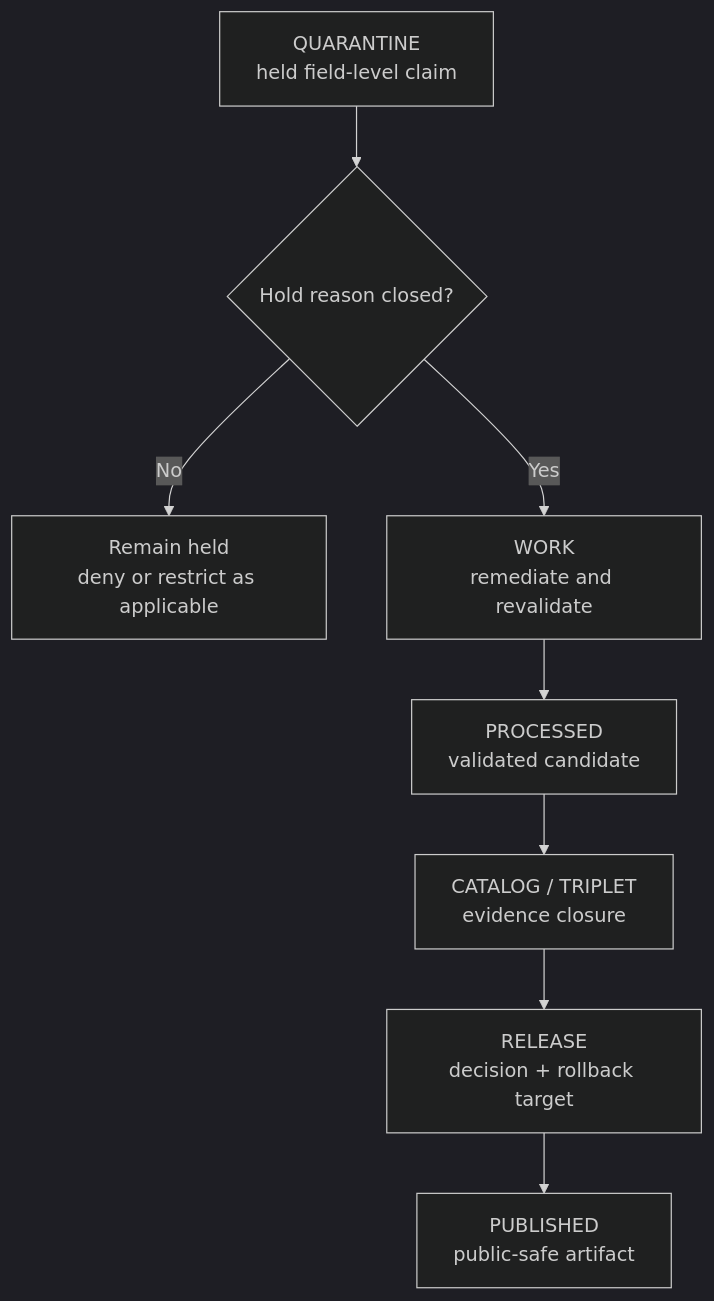
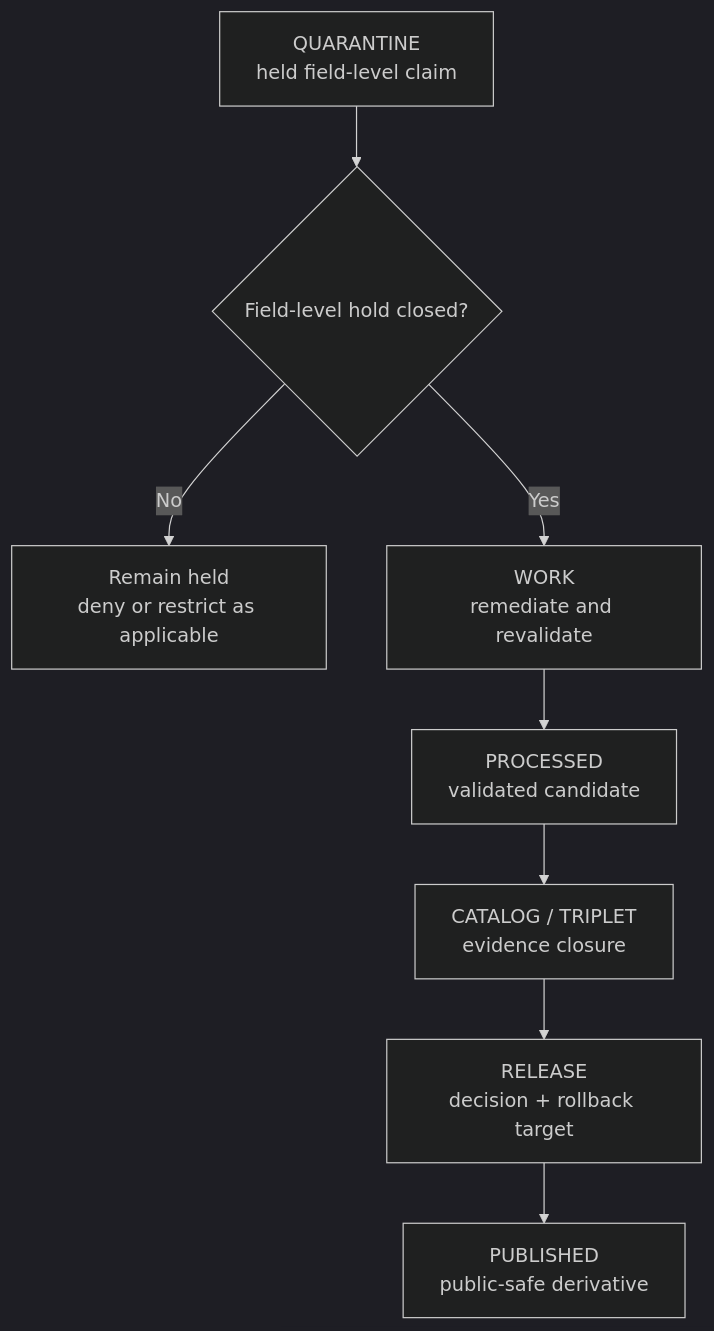
Before and after one commit to bartytime4life/Kansas-Frontier-Matrix: the diagram in data/quarantine/agriculture/field-level-claim/README.md, drawn with Mermaid (dark theme). The commit also changed other lines of this file, not shown here.

Commit message:
docs(data): refresh Agriculture field-level quarantine boundary

````diff
--- a/data/quarantine/agriculture/field-level-claim/README.md
+++ b/data/quarantine/agriculture/field-level-claim/README.md
@@ -224,10 +247,10 @@
 ```mermaid
 flowchart TD
-    Q["QUARANTINE<br/>held field-level claim"] --> R{"Hold reason closed?"}
+    Q["QUARANTINE<br/>held field-level claim"] --> R{"Field-level hold closed?"}
     R -->|"No"| H["Remain held<br/>deny or restrict as applicable"]
     R -->|"Yes"| W["WORK<br/>remediate and revalidate"]
     W --> P["PROCESSED<br/>validated candidate"]
     P --> C["CATALOG / TRIPLET<br/>evidence closure"]
     C --> L["RELEASE<br/>decision + rollback target"]
-    L --> U["PUBLISHED<br/>public-safe artifact"]
+    L --> U["PUBLISHED<br/>public-safe derivative"]
 ```
````
